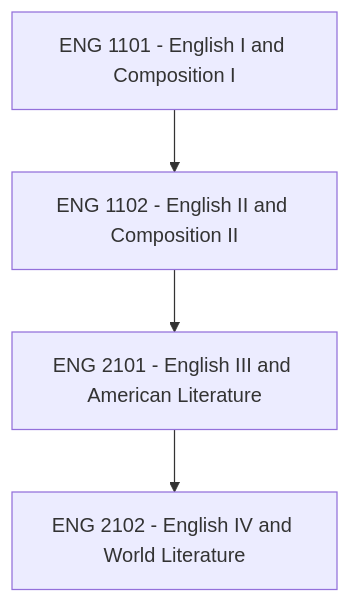
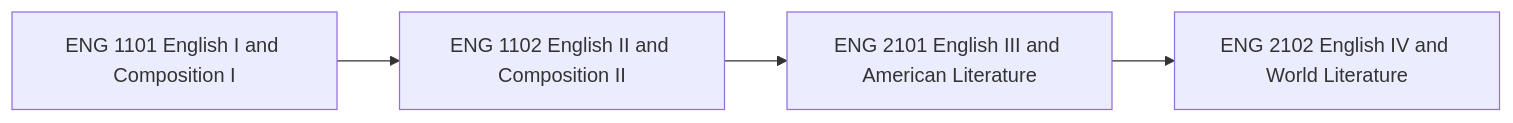
One commit to RIAHPathway/Website-Draft changed the eighth of 29 diagrams in RIAH-PATHWAY-CURRICULUM-STRUCTURE/RIAH-PATHWAY-HIGH-SCHOOL-STRUCTURE/HIGH-SCHOOL-STRUCTURE.md. Above: the diagram before and after it, drawn with Mermaid. The commit also changed other lines of this file, not shown here.

Commit message:
Match High School Mermaid diagrams to repository working syntax

````diff
--- a/RIAH-PATHWAY-CURRICULUM-STRUCTURE/RIAH-PATHWAY-HIGH-SCHOOL-STRUCTURE/HIGH-SCHOOL-STRUCTURE.md
+++ b/RIAH-PATHWAY-CURRICULUM-STRUCTURE/RIAH-PATHWAY-HIGH-SCHOOL-STRUCTURE/HIGH-SCHOOL-STRUCTURE.md
@@ -528,6 +528,6 @@
 ```mermaid
-graph TD;
-    N0["ENG 1101 - English I and Composition I"] --> N1["ENG 1102 - English II and Composition II"];
-    N1["ENG 1102 - English II and Composition II"] --> N2["ENG 2101 - English III and American Literature"];
-    N2["ENG 2101 - English III and American Literature"] --> N3["ENG 2102 - English IV and World Literature"];
+graph LR
+    N0["ENG 1101 English I and Composition I"] --> N1["ENG 1102 English II and Composition II"]
+    N1["ENG 1102 English II and Composition II"] --> N2["ENG 2101 English III and American Literature"]
+    N2["ENG 2101 English III and American Literature"] --> N3["ENG 2102 English IV and World Literature"]
 ```
````
